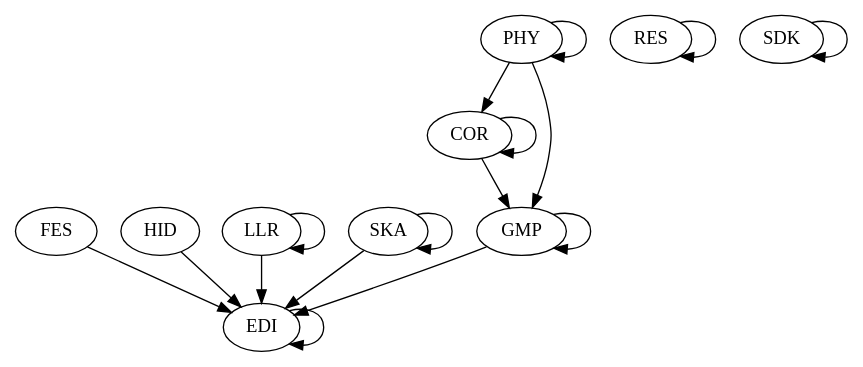
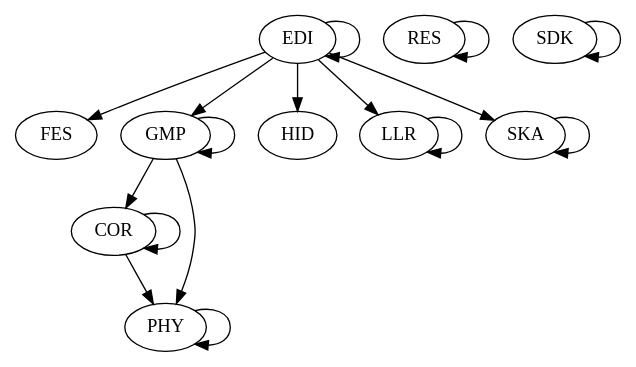
The diagram in 6_architectural_map_gen/outputs/piccolo.dot (gamedev-studies/game-engine-analyser), drawn with Graphviz before and after one commit. The commit also changed 9 other files, not shown here.

```diff
--- a/6_architectural_map_gen/outputs/piccolo.dot
+++ b/6_architectural_map_gen/outputs/piccolo.dot
@@ -1,18 +1,18 @@
 digraph "source tree" {
 	"COR" -> "COR"
-	"PHY" -> "COR"
+	"COR" -> "PHY"
 	"EDI" -> "EDI"
-	"FES" -> "EDI"
-	"GMP" -> "EDI"
-	"HID" -> "EDI"
-	"LLR" -> "EDI"
-	"SKA" -> "EDI"
-	"COR" -> "GMP"
+	"EDI" -> "FES"
+	"EDI" -> "GMP"
+	"EDI" -> "HID"
+	"EDI" -> "LLR"
+	"EDI" -> "SKA"
+	"GMP" -> "COR"
 	"GMP" -> "GMP"
-	"PHY" -> "GMP"
+	"GMP" -> "PHY"
 	"LLR" -> "LLR"
 	"PHY" -> "PHY"
 	"RES" -> "RES"
 	"SDK" -> "SDK"
 	"SKA" -> "SKA"
 }
```
